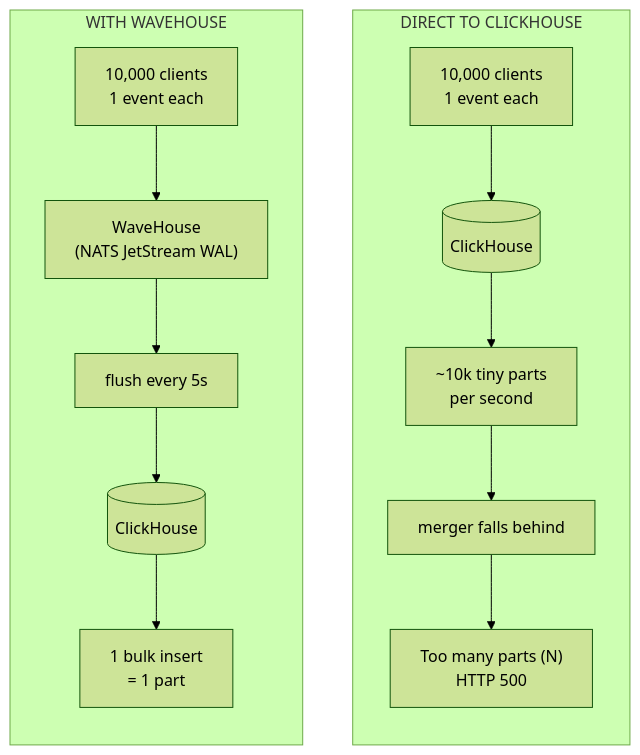
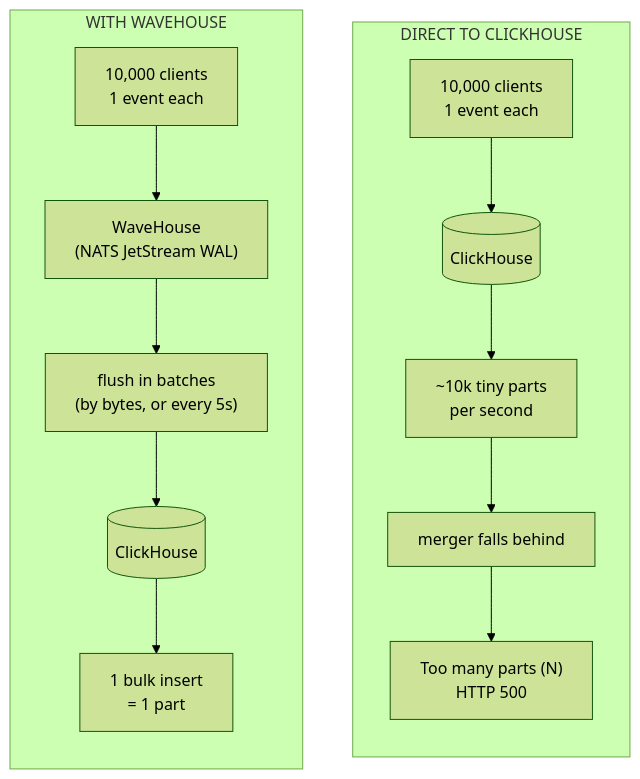
Before and after one commit to Wave-RF/WaveHouse: the first of 7 diagrams in docs/src/content/docs/why-wavehouse.md, drawn with Mermaid (forest theme). The commit also changed other lines of this file and 70 other files, not shown here.

````diff
--- a/docs/src/content/docs/why-wavehouse.md
+++ b/docs/src/content/docs/why-wavehouse.md
@@ -23,20 +23,20 @@
 ```mermaid
 flowchart TB
     subgraph bad["DIRECT TO CLICKHOUSE"]
         direction TB
         CA["10,000 clients<br/>1 event each"]:::neutral
         CA --> CHA[("ClickHouse")]:::pain
         CHA --> P1["~10k tiny parts<br/>per second"]:::pain
         P1 --> P2["merger falls behind"]:::pain
         P2 --> BOOM["Too many parts (N)<br/>HTTP 500"]:::fail
     end
 
     subgraph good["WITH WAVEHOUSE"]
         direction TB
         CB["10,000 clients<br/>1 event each"]:::neutral
         CB --> WH["WaveHouse<br/>(NATS JetStream WAL)"]:::wh
-        WH --> FLUSH["flush every 5s"]:::wh
+        WH --> FLUSH["flush in batches<br/>(by bytes, or every 5s)"]:::wh
         FLUSH --> CHB[("ClickHouse")]:::win
         CHB --> OK["1 bulk insert<br/>= 1 part"]:::win
     end
 ```
````
